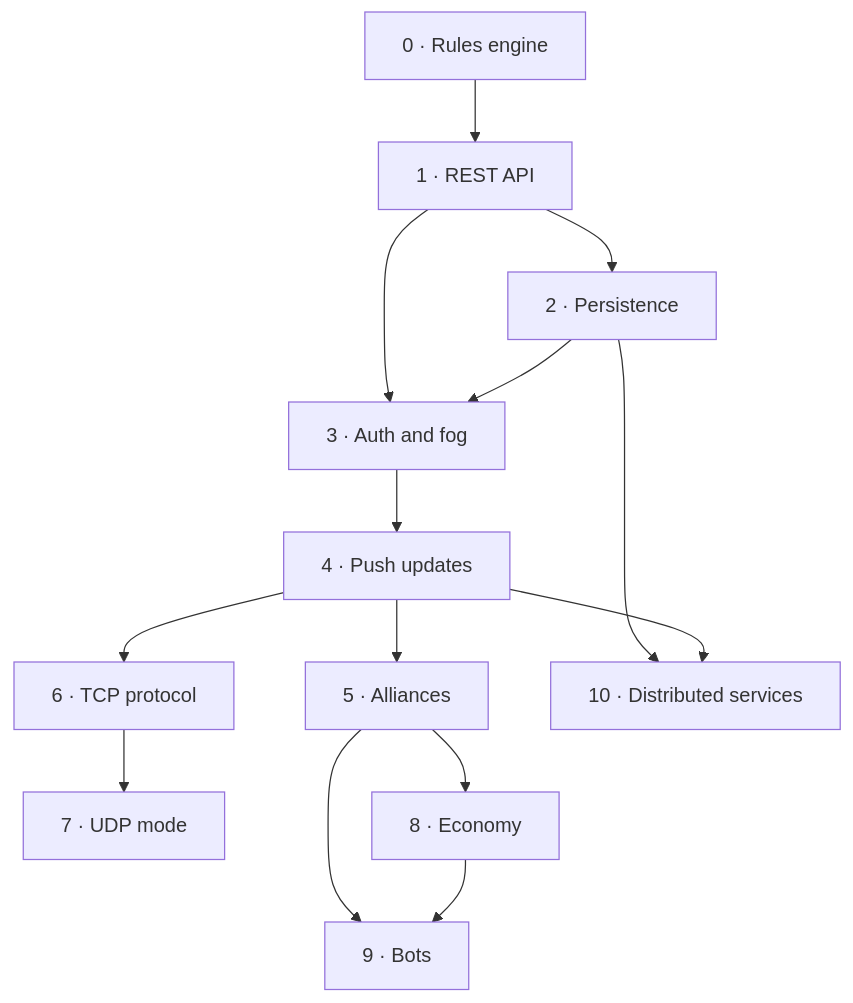
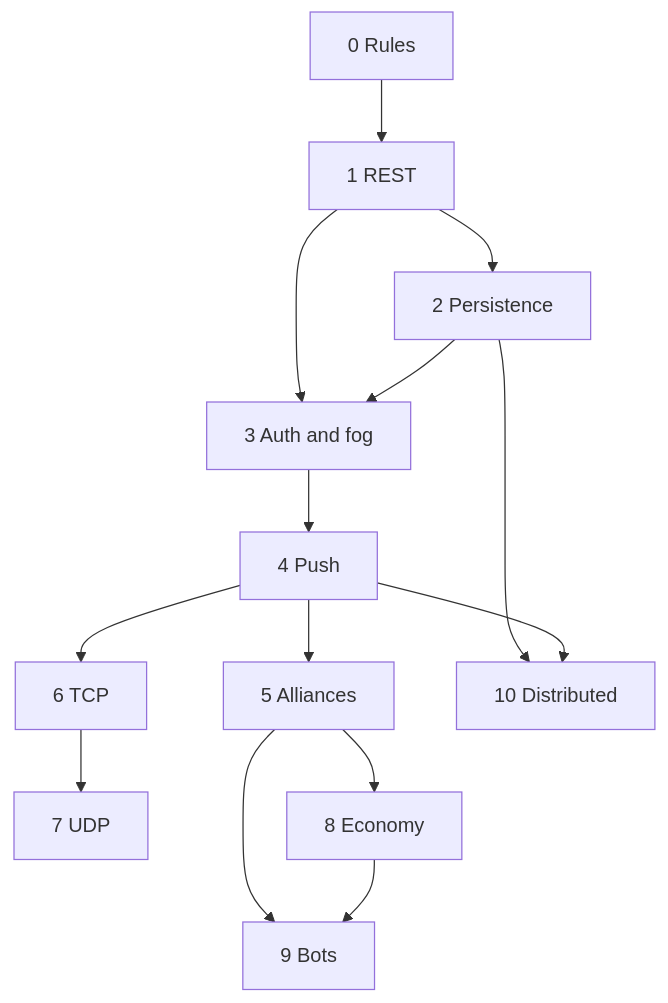
Before and after one commit to SweatyNuN/terminal-territories: the diagram in planning/02-development-phases.md, drawn with Mermaid. The commit also changed other lines of this file and 10 other files, not shown here.

````diff
--- a/planning/02-development-phases.md
+++ b/planning/02-development-phases.md
@@ -7,16 +28,16 @@
 ```mermaid
 flowchart TD
-    P0[0 · Rules engine] --> P1[1 · REST API]
-    P1 --> P2[2 · Persistence]
-    P1 --> P3[3 · Auth and fog]
+    P0[0 Rules] --> P1[1 REST]
+    P1 --> P2[2 Persistence]
+    P1 --> P3[3 Auth and fog]
     P2 --> P3
-    P3 --> P4[4 · Push updates]
-    P4 --> P5[5 · Alliances]
-    P4 --> P6[6 · TCP protocol]
-    P6 --> P7[7 · UDP mode]
-    P5 --> P8[8 · Economy]
-    P5 --> P9[9 · Bots]
-    P2 --> P10[10 · Distributed services]
+    P3 --> P4[4 Push]
+    P4 --> P5[5 Alliances]
+    P4 --> P6[6 TCP]
+    P6 --> P7[7 UDP]
+    P5 --> P8[8 Economy]
+    P5 --> P9[9 Bots]
+    P2 --> P10[10 Distributed]
     P4 --> P10
     P8 --> P9
 ```
````
